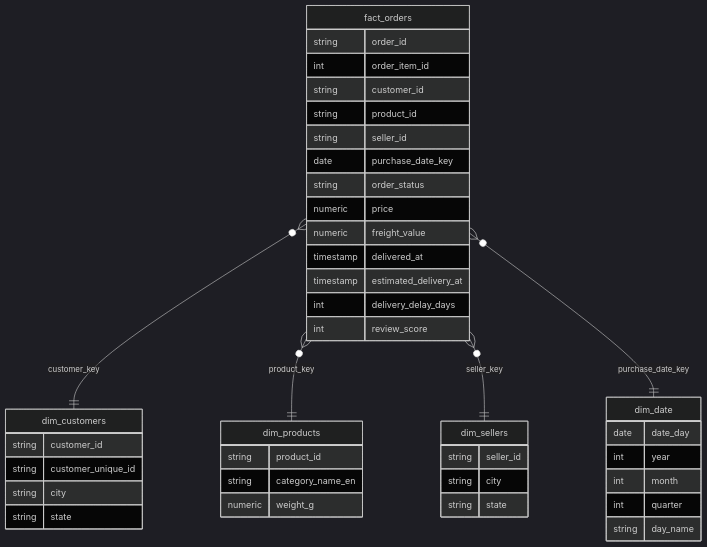
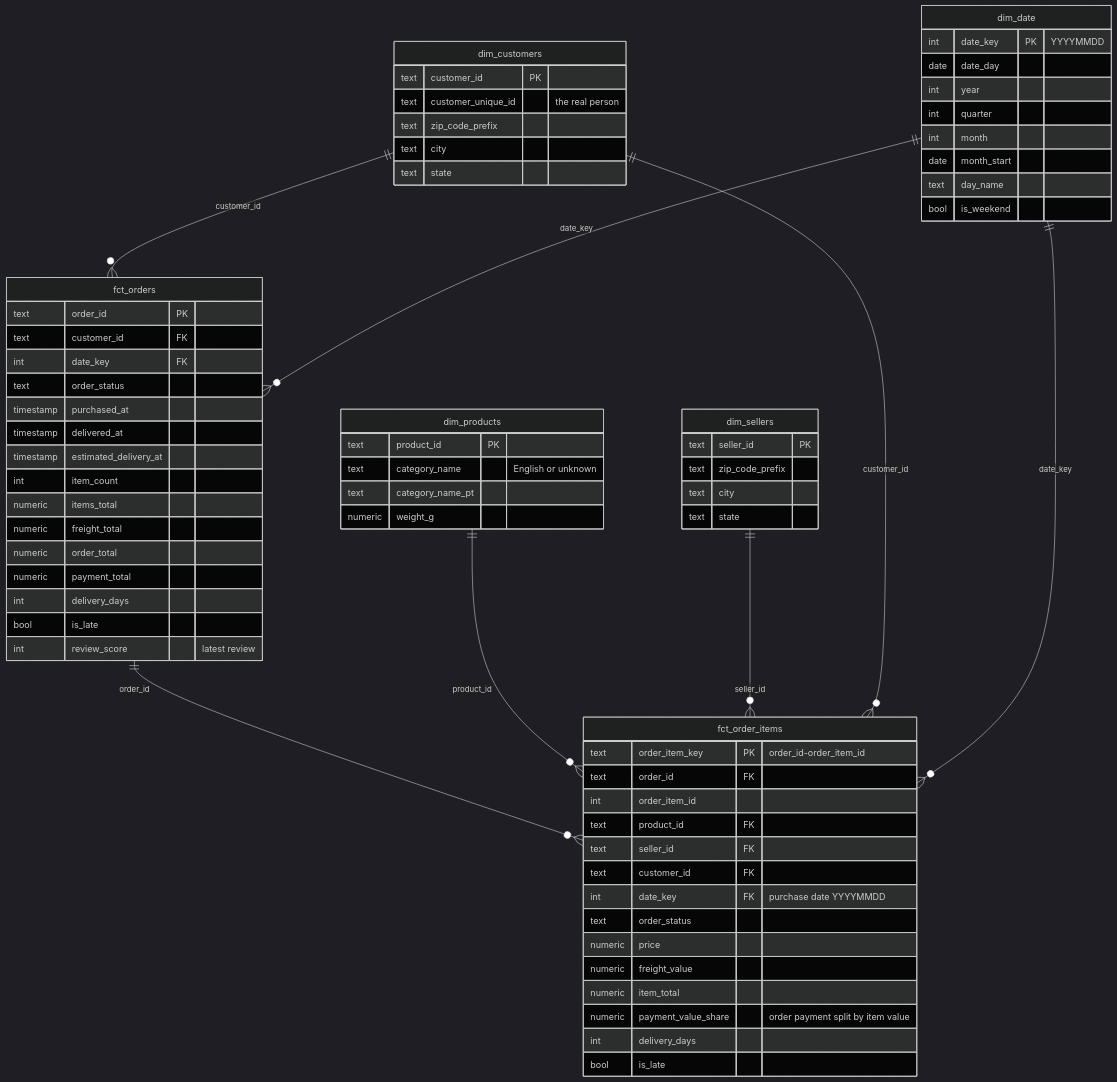
The second of 2 diagrams in docs/technical_design.md (Yokesh0404/sales-analytics-pipeline), drawn with Mermaid (dark theme) before and after one commit. The commit also changed other lines of this file and 24 other files, not shown here.

Commit message:
Stage 4: dbt staging and star schema marts

````diff
--- a/docs/technical_design.md
+++ b/docs/technical_design.md
@@ -220,46 +202,73 @@
 ```mermaid
 erDiagram
-    fact_orders }o--|| dim_customers : customer_key
-    fact_orders }o--|| dim_products  : product_key
-    fact_orders }o--|| dim_sellers   : seller_key
-    fact_orders }o--|| dim_date      : purchase_date_key
+    dim_customers ||--o{ fct_orders      : "customer_id"
+    dim_date      ||--o{ fct_orders      : "date_key"
+    fct_orders    ||--o{ fct_order_items : "order_id"
+    dim_products  ||--o{ fct_order_items : "product_id"
+    dim_sellers   ||--o{ fct_order_items : "seller_id"
+    dim_customers ||--o{ fct_order_items : "customer_id"
+    dim_date      ||--o{ fct_order_items : "date_key"
 
-    fact_orders {
-        string order_id
+    fct_order_items {
+        text order_item_key PK "order_id-order_item_id"
+        text order_id FK
         int order_item_id
-        string customer_id
-        string product_id
-        string seller_id
-        date purchase_date_key
-        string order_status
+        text product_id FK
+        text seller_id FK
+        text customer_id FK
+        int date_key FK "purchase date YYYYMMDD"
+        text order_status
         numeric price
         numeric freight_value
+        numeric item_total
+        numeric payment_value_share "order payment split by item value"
+        int delivery_days
+        bool is_late
+    }
+    fct_orders {
+        text order_id PK
+        text customer_id FK
+        int date_key FK
+        text order_status
+        timestamp purchased_at
         timestamp delivered_at
         timestamp estimated_delivery_at
-        int delivery_delay_days
-        int review_score
+        int item_count
+        numeric items_total
+        numeric freight_total
+        numeric order_total
+        numeric payment_total
+        int delivery_days
+        bool is_late
+        int review_score "latest review"
     }
     dim_customers {
-        string customer_id
-        string customer_unique_id
-        string city
-        string state
+        text customer_id PK
+        text customer_unique_id "the real person"
+        text zip_code_prefix
+        text city
+        text state
     }
     dim_products {
-        string product_id
-        string category_name_en
+        text product_id PK
+        text category_name "English or unknown"
+        text category_name_pt
         numeric weight_g
     }
     dim_sellers {
-        string seller_id
-        string city
-        string state
+        text seller_id PK
+        text zip_code_prefix
+        text city
+        text state
     }
     dim_date {
+        int date_key PK "YYYYMMDD"
         date date_day
         int year
+        int quarter
         int month
-        int quarter
-        string day_name
+        date month_start
+        text day_name
+        bool is_weekend
     }
 ```
````
